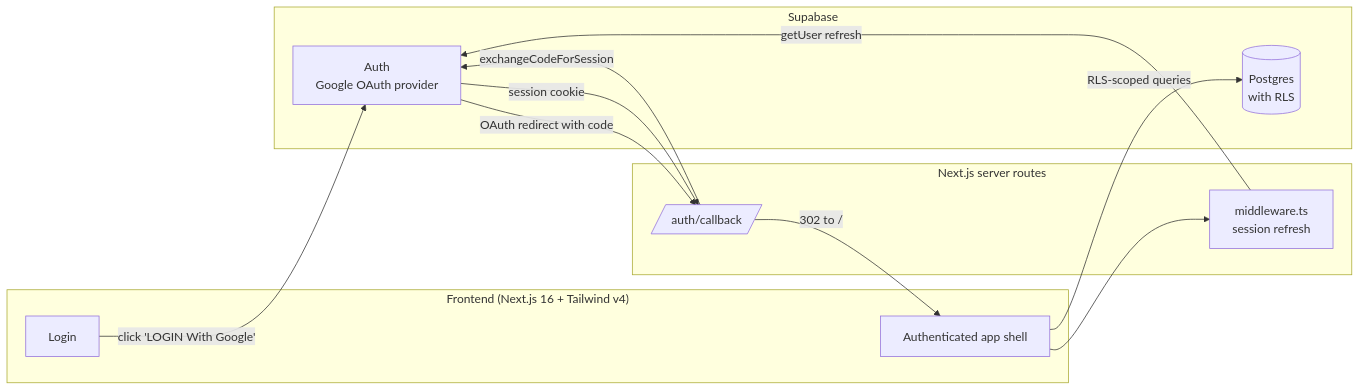
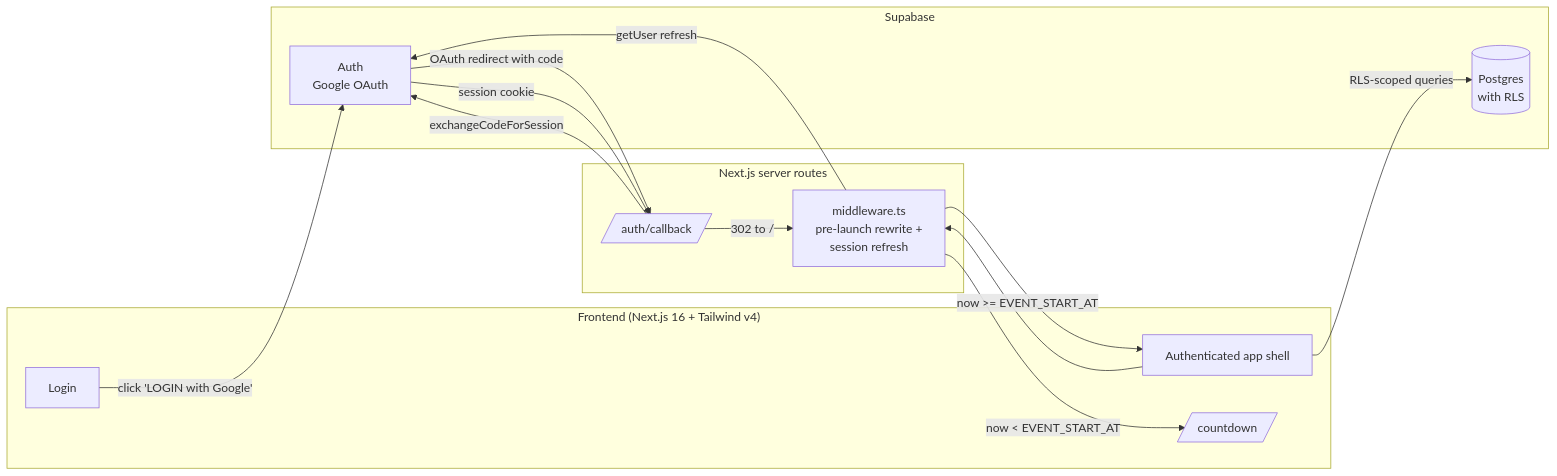
The third of 3 diagrams in .momorph/contexts/screen_specs/SCREENFLOW.md (hanhvv-0858/agentic-coding-SAA-2025), drawn with Mermaid before and after one commit. The commit also changed other lines of this file and 22 other files, not shown here.

````diff
--- a/.momorph/contexts/screen_specs/SCREENFLOW.md
+++ b/.momorph/contexts/screen_specs/SCREENFLOW.md
@@ -373,26 +293,29 @@
 ```mermaid
 flowchart LR
     subgraph Client["Frontend (Next.js 16 + Tailwind v4)"]
         LoginScreen[Login]
         AppShell[Authenticated app shell]
+        CountdownPage[/countdown/]
     end
 
     subgraph BFF["Next.js server routes"]
         Callback[/auth/callback/]
-        Middleware[middleware.ts<br/>session refresh]
+        Middleware[middleware.ts<br/>pre-launch rewrite +<br/>session refresh]
     end
 
     subgraph Supabase["Supabase"]
-        AuthSvc[Auth<br/>Google OAuth provider]
+        AuthSvc[Auth<br/>Google OAuth]
         DB[(Postgres<br/>with RLS)]
     end
 
-    LoginScreen -->|click 'LOGIN With Google'| AuthSvc
+    LoginScreen -->|click 'LOGIN with Google'| AuthSvc
     AuthSvc -->|OAuth redirect with code| Callback
     Callback -->|exchangeCodeForSession| AuthSvc
     AuthSvc -->|session cookie| Callback
-    Callback -->|302 to /| AppShell
+    Callback -->|302 to /| Middleware
+    Middleware -->|now < EVENT_START_AT| CountdownPage
+    Middleware -->|now >= EVENT_START_AT| AppShell
     AppShell --> Middleware
     Middleware -->|getUser refresh| AuthSvc
     AppShell -->|RLS-scoped queries| DB
 ```
````
